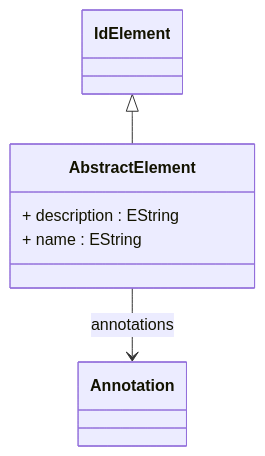
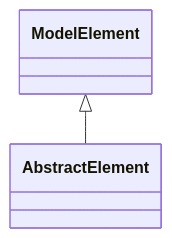
Before and after one commit to eclipse-daanse/eclipse-daanse.github.io: the diagram in docs/cubeserver/model/class-AbstractElement.md, drawn with Mermaid. The commit also changed other lines of this file and 138 other files, not shown here.

````diff
--- a/docs/cubeserver/model/class-AbstractElement.md
+++ b/docs/cubeserver/model/class-AbstractElement.md
@@ -83,11 +54,8 @@
 ```mermaid
 classDiagram
   class AbstractElement {
-    + description : EString
-    + name : EString
   }
 
-  IdElement <|-- AbstractElement
-  AbstractElement --> Annotation : annotations
+  ModelElement <|-- AbstractElement
 
 ```
````
